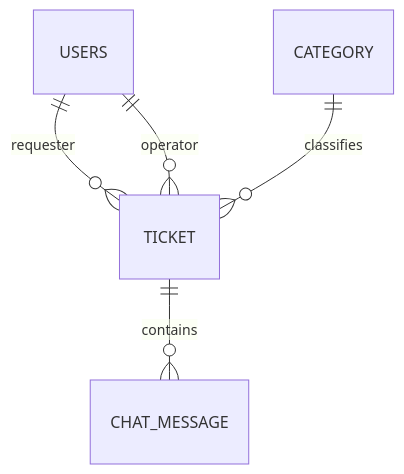
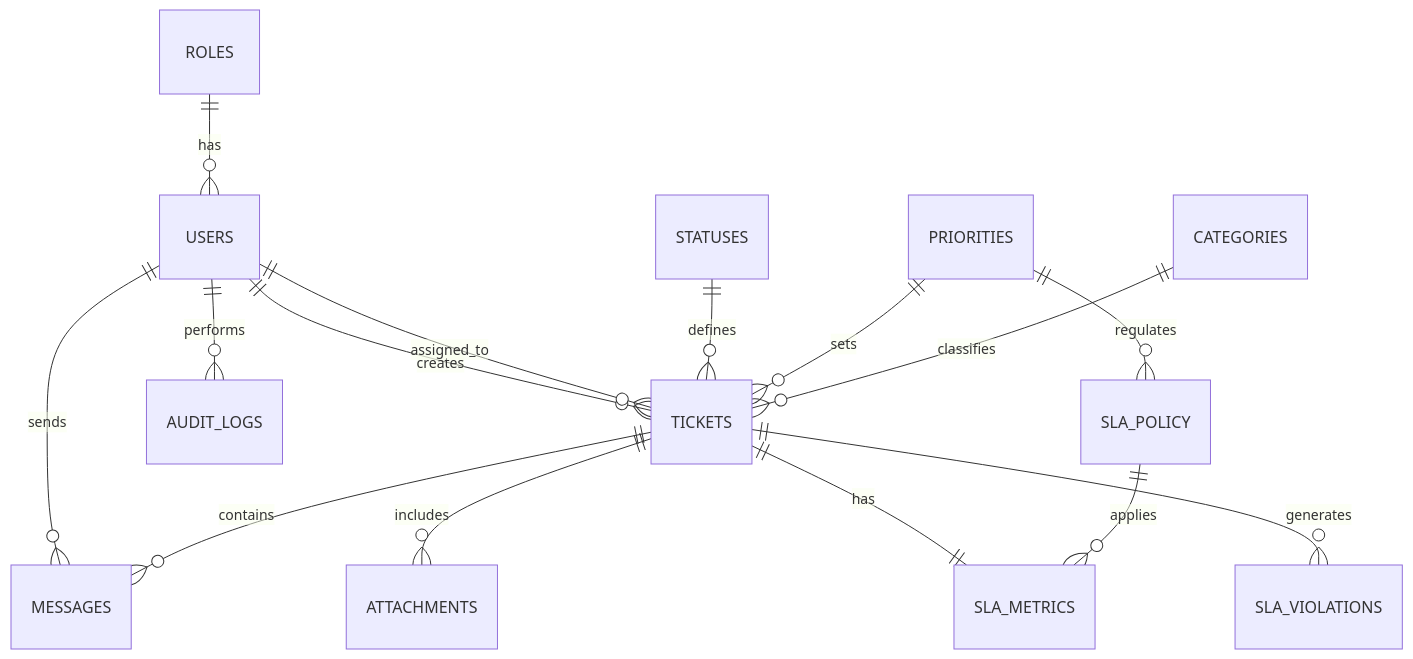
One commit to Kiba-24/diplom changed the diagram in docs/database.md. Above: the diagram before and after it, drawn with Mermaid.

Commit message:
Enhance ER diagram with new relationships and entities
Added additional relationships and entities to the ER diagram.

````diff
--- a/docs/database.md
+++ b/docs/database.md
@@ -2,7 +2,22 @@
 ```mermaid
 erDiagram
-  USERS ||--o{ TICKET : requester
-  USERS ||--o{ TICKET : operator
-  CATEGORY ||--o{ TICKET : classifies
-  TICKET ||--o{ CHAT_MESSAGE : contains
+
+  ROLES ||--o{ USERS : has
+  USERS ||--o{ TICKETS : creates
+  USERS ||--o{ TICKETS : assigned_to
+  USERS ||--o{ MESSAGES : sends
+  USERS ||--o{ AUDIT_LOGS : performs
+
+  STATUSES ||--o{ TICKETS : defines
+  PRIORITIES ||--o{ TICKETS : sets
+  CATEGORIES ||--o{ TICKETS : classifies
+
+  TICKETS ||--o{ MESSAGES : contains
+  TICKETS ||--o{ ATTACHMENTS : includes
+  TICKETS ||--|| SLA_METRICS : has
+  TICKETS ||--o{ SLA_VIOLATIONS : generates
+
+  PRIORITIES ||--o{ SLA_POLICY : regulates
+  SLA_POLICY ||--o{ SLA_METRICS : applies
+
 ```
````
